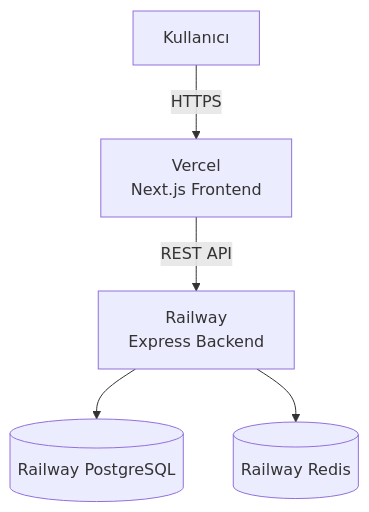
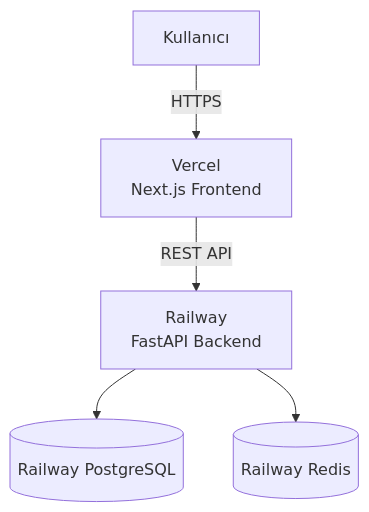
The tenth of 11 diagrams in docs/ARCHITECTURE.md (Elif-Eroglu/focustrack), drawn with Mermaid before and after one commit. The commit also changed other lines of this file and 3889 other files, not shown here.

Commit message:
Backend'i Python (FastAPI) ile yeniden yaz

````diff
--- a/docs/ARCHITECTURE.md
+++ b/docs/ARCHITECTURE.md
@@ -767,16 +767,16 @@
 ```mermaid
 flowchart TD
     U[Kullanıcı]
 
     V[Vercel<br/>Next.js Frontend]
 
-    B[Railway<br/>Express Backend]
+    B[Railway<br/>FastAPI Backend]
 
     P[(Railway PostgreSQL)]
     R[(Railway Redis)]
 
     U -->|HTTPS| V
     V -->|REST API| B
     B --> P
     B --> R
 ```
````
